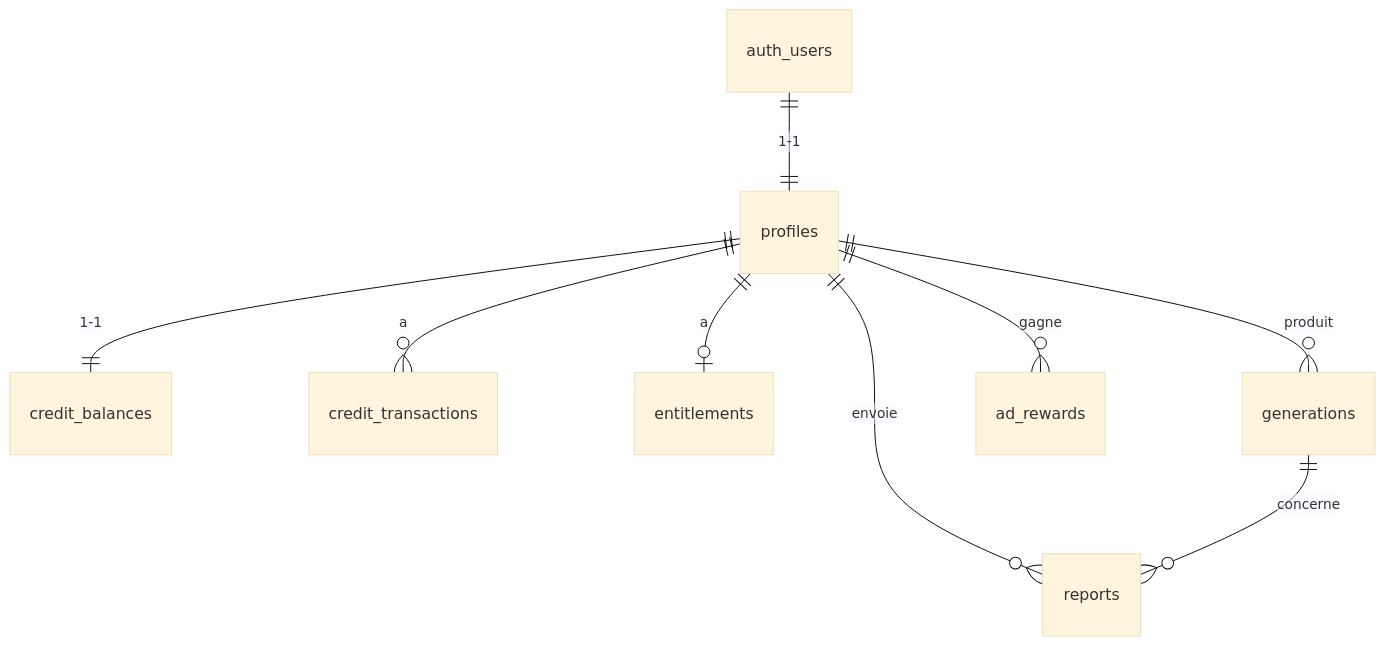
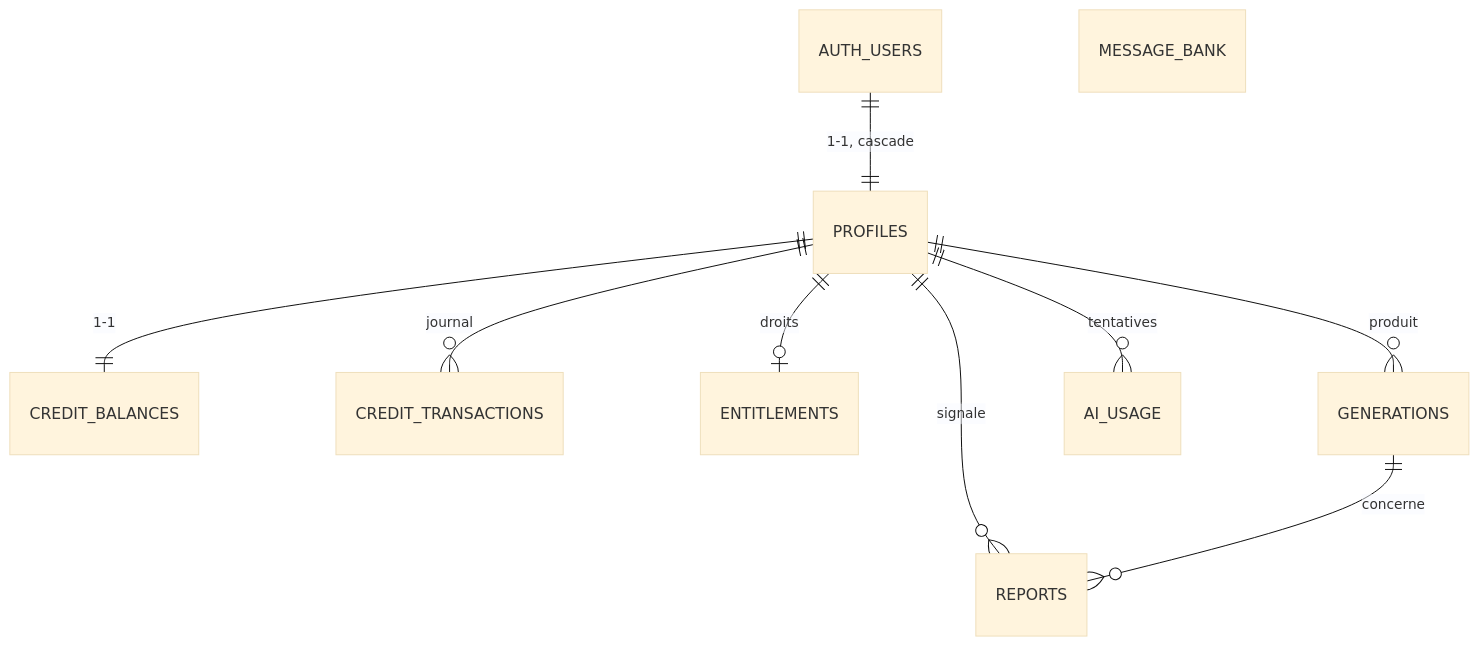
The diagram in docs/data-model.md (Kelenix/Flirt-Coach), drawn with Mermaid (base theme) before and after one commit. The commit also changed other lines of this file and 50 other files, not shown here.

````diff
--- a/docs/data-model.md
+++ b/docs/data-model.md
@@ -6,11 +8,12 @@
 ```mermaid
 erDiagram
-  auth_users ||--|| profiles : "1-1"
-  profiles ||--|| credit_balances : "1-1"
-  profiles ||--o{ credit_transactions : a
-  profiles ||--o| entitlements : a
-  profiles ||--o{ generations : produit
-  profiles ||--o{ reports : envoie
-  profiles ||--o{ ad_rewards : gagne
-  generations ||--o{ reports : concerne
+  AUTH_USERS ||--|| PROFILES : "1-1, cascade"
+  PROFILES ||--|| CREDIT_BALANCES : "1-1"
+  PROFILES ||--o{ CREDIT_TRANSACTIONS : "journal"
+  PROFILES ||--o| ENTITLEMENTS : "droits"
+  PROFILES ||--o{ GENERATIONS : "produit"
+  PROFILES ||--o{ AI_USAGE : "tentatives"
+  PROFILES ||--o{ REPORTS : "signale"
+  GENERATIONS ||--o{ REPORTS : "concerne"
+  MESSAGE_BANK
 ```
````
